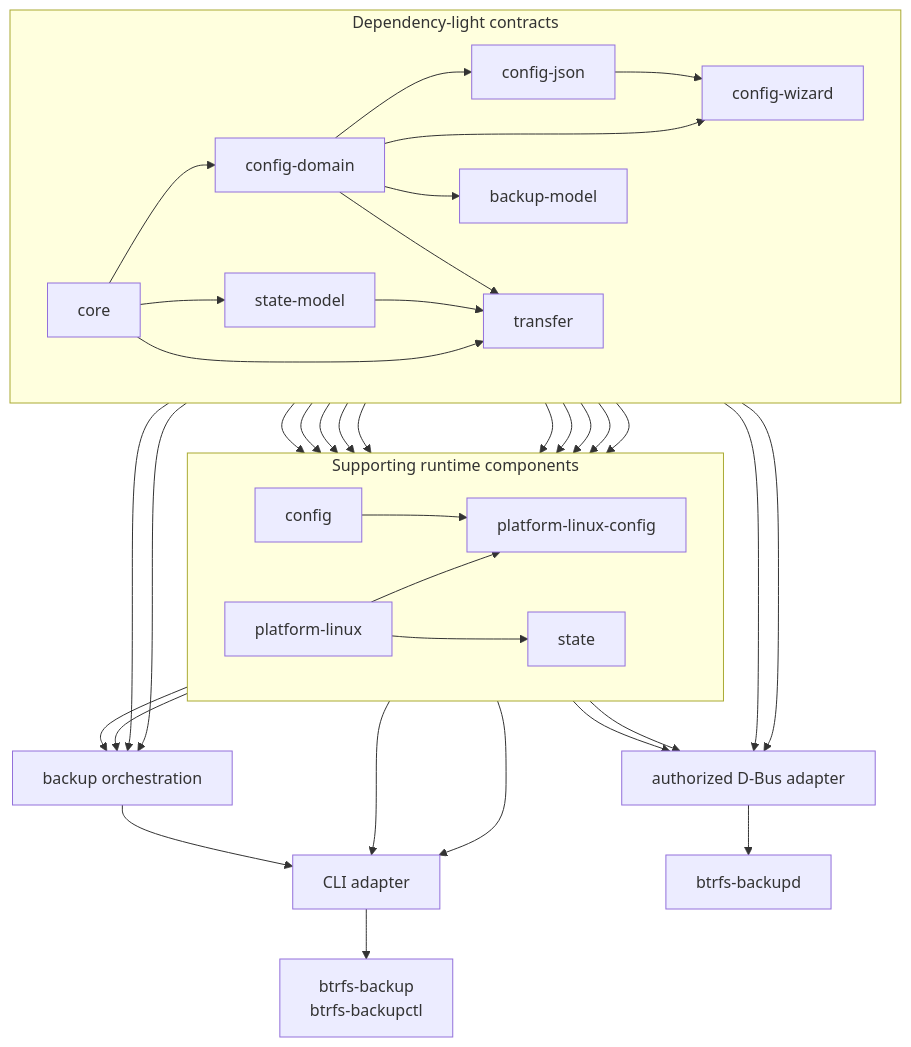
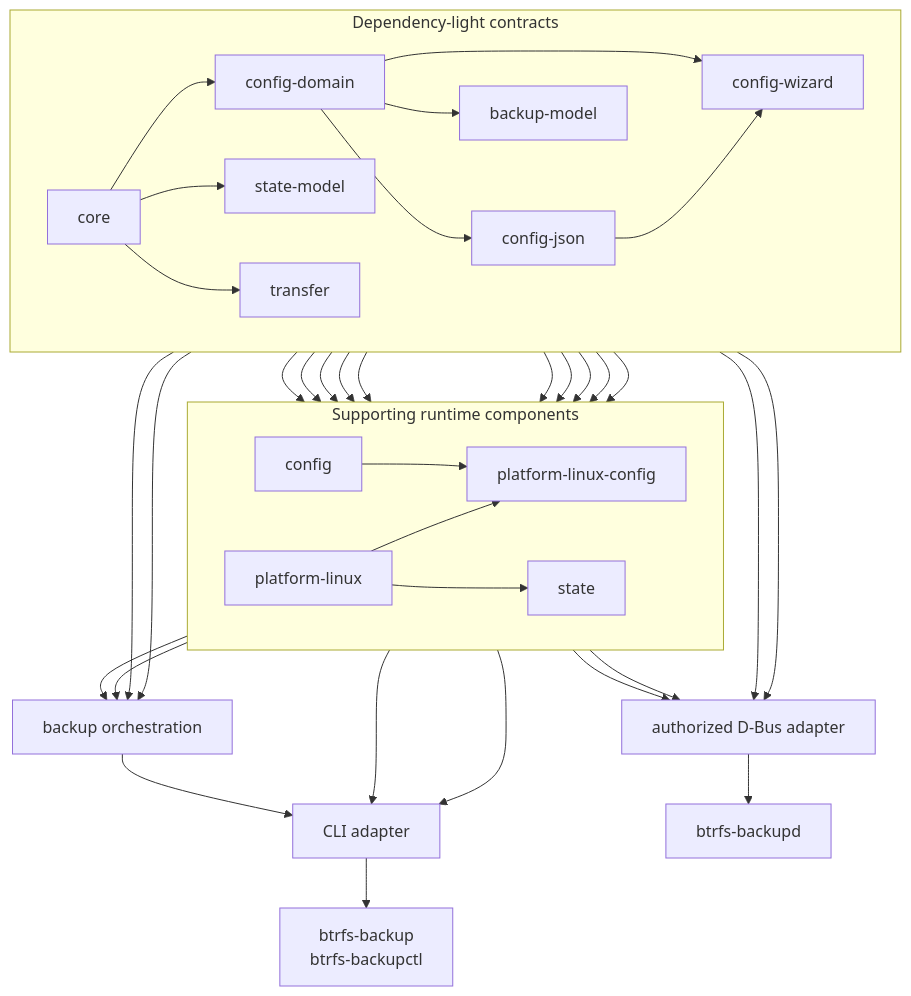
The diagram in docs/cpp-layout.md (kapiwko/btrfs-backup), drawn with Mermaid before and after one commit. The commit also changed other lines of this file and 3 other files, not shown here.

````diff
--- a/docs/cpp-layout.md
+++ b/docs/cpp-layout.md
@@ -57,63 +57,61 @@
 ```mermaid
 flowchart TB
     subgraph contracts[Dependency-light contracts]
         direction LR
         core[core]
         config_domain[config-domain]
         config_json[config-json]
         config_wizard[config-wizard]
         state_model[state-model]
         backup_model[backup-model]
         transfer[transfer]
 
         core --> config_domain
         config_domain --> config_json
         config_domain --> config_wizard
         config_json --> config_wizard
         core --> state_model
         config_domain --> backup_model
         core --> transfer
-        config_domain --> transfer
-        state_model --> transfer
     end
 
     subgraph support[Supporting runtime components]
         direction LR
         platform[platform-linux]
         config[config]
         linux_config[platform-linux-config]
         state[state]
     end
 
     backup[backup orchestration]
     cli[CLI adapter]
     daemon[authorized D-Bus adapter]
 
     config_domain --> platform
     backup_model --> platform
     transfer --> platform
     config_domain --> config
     config_json --> config
     config --> linux_config
     config_json --> linux_config
     config_wizard --> linux_config
     platform --> linux_config
     config_domain --> state
     config_json --> state
     state_model --> state
     platform --> state
     backup_model --> backup
     transfer --> backup
     platform --> backup
     state --> backup
     backup --> cli
     linux_config --> cli
     state --> cli
     config_domain --> daemon
     config_json --> daemon
     platform --> daemon
     linux_config --> daemon
 
     cli --> executables[btrfs-backup<br/>btrfs-backupctl]
     daemon --> manager[btrfs-backupd]
 ```
````
